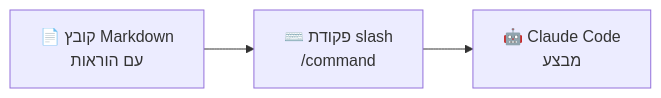
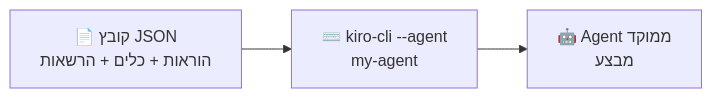
The diagram in docs/modules/09-skills.md (tzvimg/ai-course-workshop), drawn with Mermaid before and after one commit. The commit also changed other lines of this file and 25 other files, not shown here.

First line of the commit message:
Standardize workshop on Kiro CLI and fix accuracy/consistency issues

````diff
--- a/docs/modules/09-skills.md
+++ b/docs/modules/09-skills.md
@@ -24,4 +24,4 @@
 ```mermaid
 graph LR
-    MD["📄 קובץ Markdown<br/>עם הוראות"] --> SC["⌨️ פקודת slash<br/>/command"] --> CC["🤖 Claude Code<br/>מבצע"]
+    JSON["📄 קובץ JSON<br/>הוראות + כלים + הרשאות"] --> AG["⌨️ kiro-cli --agent<br/>my-agent"] --> CC["🤖 Agent ממוקד<br/>מבצע"]
 ```
````
